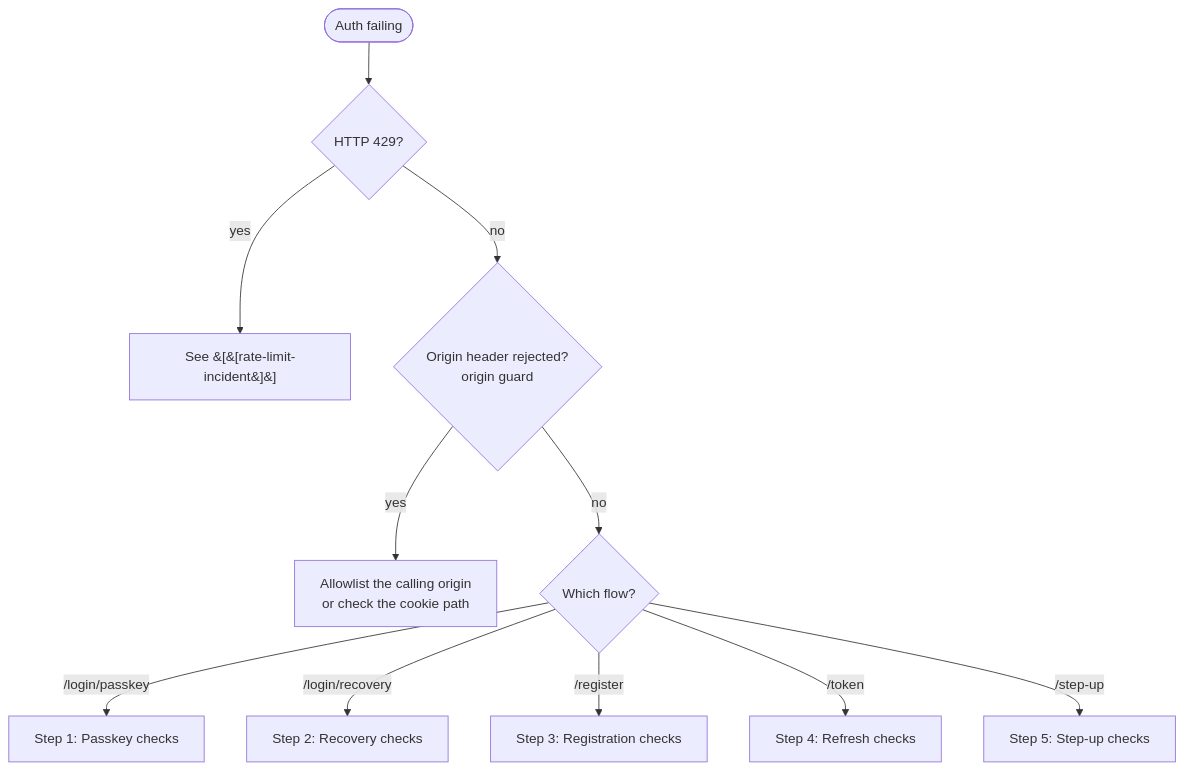
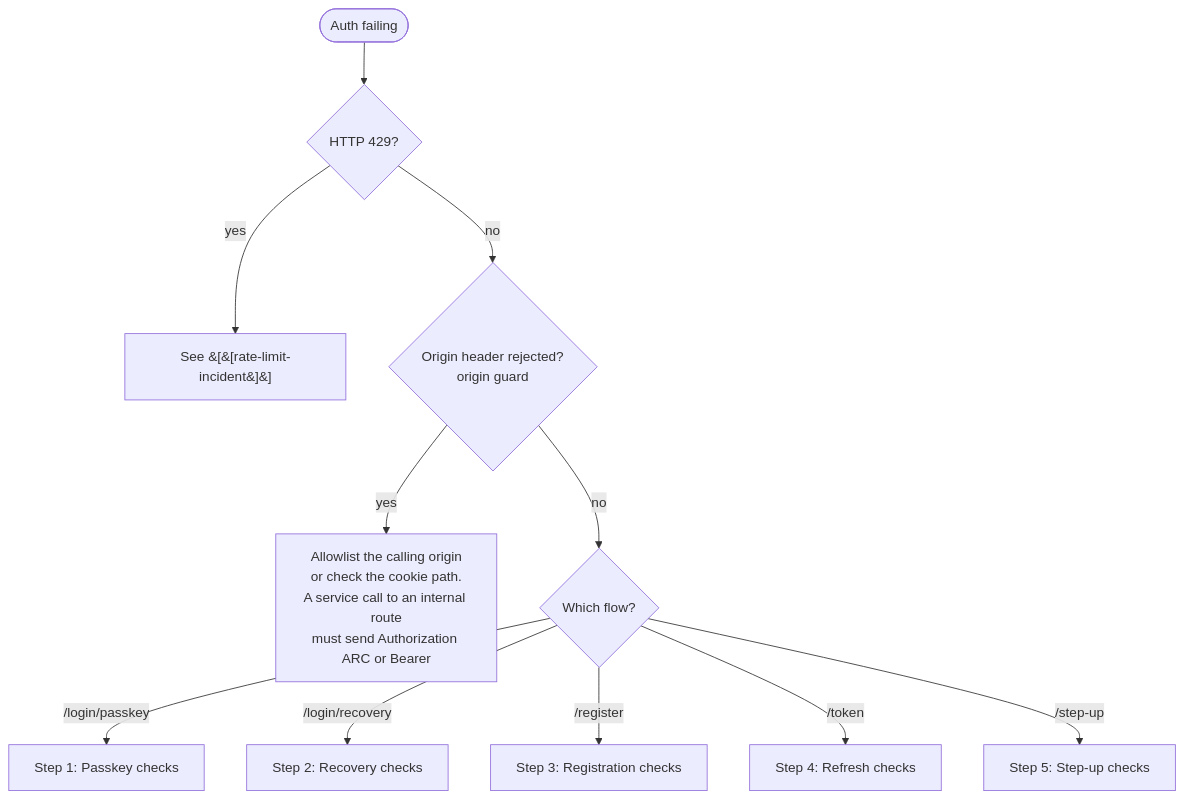
One commit to englishstreetventures/osn changed the diagram in wiki/osn/auth-failure.md. Above: the diagram before and after it, drawn with Mermaid. The commit also changed 9 other files, not shown here.

First line of the commit message:
fix: dev sign-in mounts only on a named tier; origin guard exempts only credentialed internal calls

````diff
--- a/wiki/osn/auth-failure.md
+++ b/wiki/osn/auth-failure.md
@@ -41,13 +41,13 @@
 ```mermaid
 flowchart TD
   start([Auth failing]) --> rl{HTTP 429?}
   rl -- yes --> ratelimited[See &#91;&#91;rate-limit-incident&#93;&#93;]
   rl -- no --> origin{Origin header rejected?<br/>origin guard}
-  origin -- yes --> originfix[Allowlist the calling origin<br/>or check the cookie path]
+  origin -- yes --> originfix[Allowlist the calling origin<br/>or check the cookie path.<br/>A service call to an internal route<br/>must send Authorization ARC or Bearer]
   origin -- no --> flow{Which flow?}
   flow -- "/login/passkey" --> passkey[Step 1: Passkey checks]
   flow -- "/login/recovery" --> recovery[Step 2: Recovery checks]
   flow -- "/register" --> register[Step 3: Registration checks]
   flow -- "/token" --> refresh[Step 4: Refresh checks]
   flow -- "/step-up" --> stepup[Step 5: Step-up checks]
 ```
````
